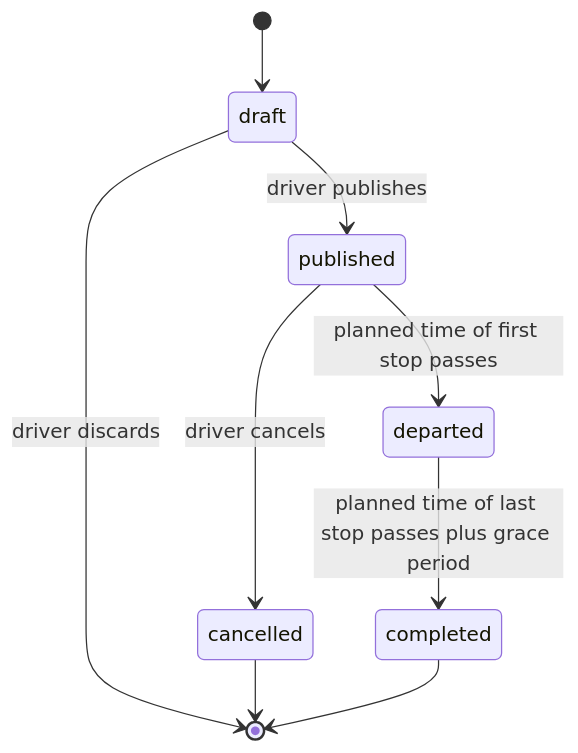
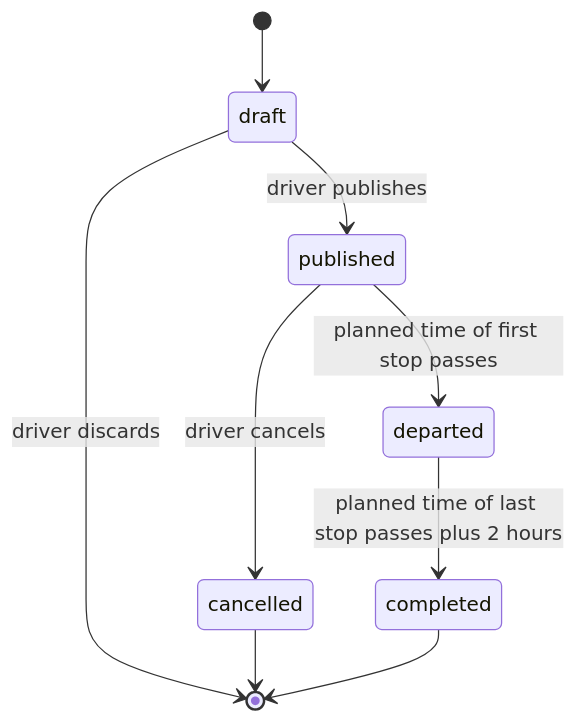
Before and after one commit to safarcikm/ShareRide: the second of 2 diagrams in docs/architecture/domain-model.md, drawn with Mermaid. The commit also changed other lines of this file and 7 other files, not shown here.

````diff
--- a/docs/architecture/domain-model.md
+++ b/docs/architecture/domain-model.md
@@ -199,11 +208,11 @@
 ```mermaid
 stateDiagram-v2
   [*] --> draft
   draft --> published : driver publishes
   draft --> [*] : driver discards
   published --> cancelled : driver cancels
   published --> departed : planned time of first stop passes
-  departed --> completed : planned time of last stop passes plus grace period
+  departed --> completed : planned time of last stop passes plus 2 hours
   cancelled --> [*]
   completed --> [*]
 ```
````
